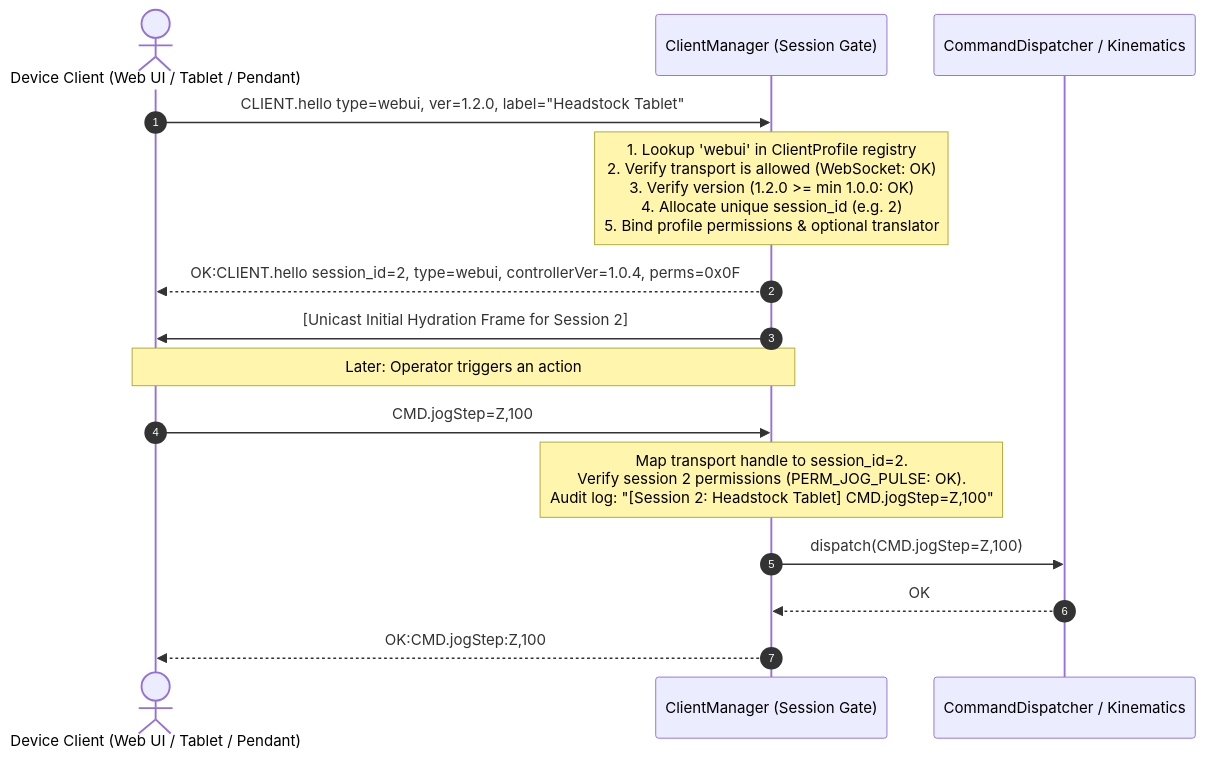
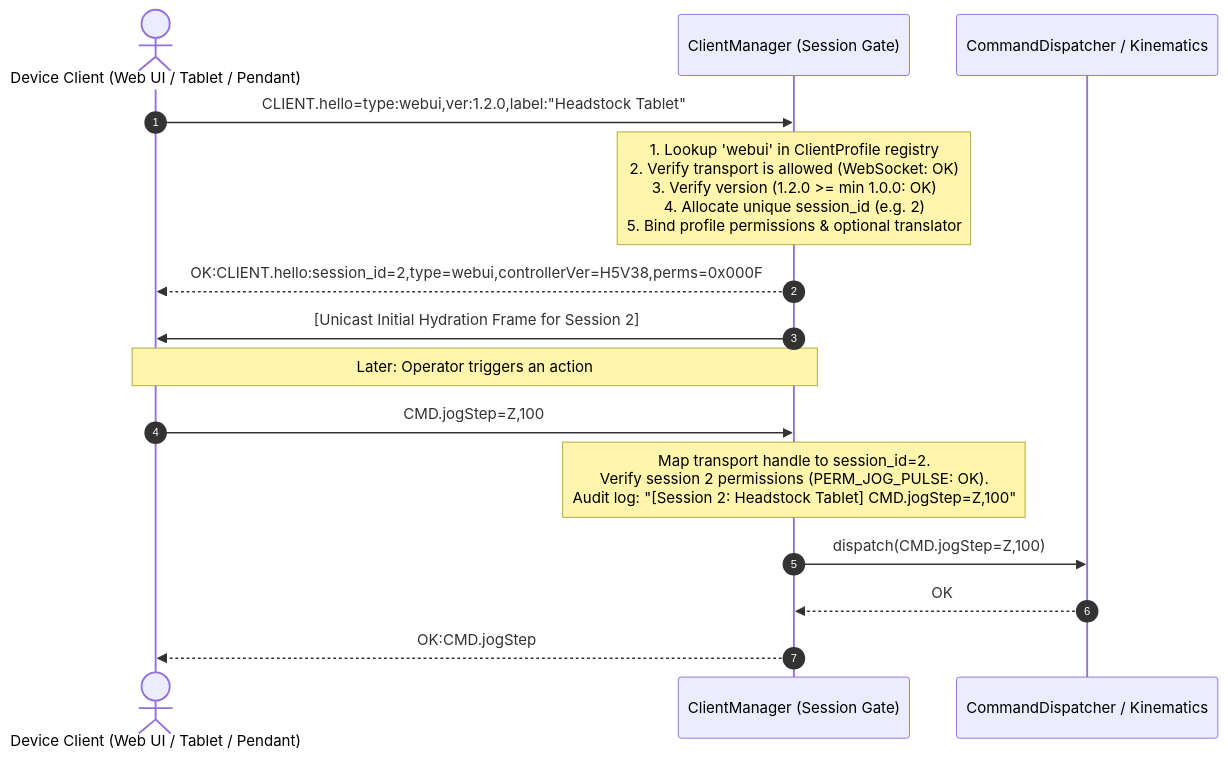
Before and after one commit to emmelcf/whatELS: the second of 2 diagrams in docs/clients/ELS_CLIENT_ARCHITECTURE.md, drawn with Mermaid. The commit also changed other lines of this file and 8 other files, not shown here.

Commit message:
docs(protocol): synchronize canonical command reference and ADRs with implemented architecture

````diff
--- a/docs/clients/ELS_CLIENT_ARCHITECTURE.md
+++ b/docs/clients/ELS_CLIENT_ARCHITECTURE.md
@@ -317,19 +317,19 @@
 ```mermaid
 sequenceDiagram
     autonumber
     actor Client as Device Client (Web UI / Tablet / Pendant)
     participant CM as ClientManager (Session Gate)
     participant Core as CommandDispatcher / Kinematics
 
-    Client->>CM: CLIENT.hello type=webui, ver=1.2.0, label="Headstock Tablet"
+    Client->>CM: CLIENT.hello=type:webui,ver:1.2.0,label:"Headstock Tablet"
     Note over CM: 1. Lookup 'webui' in ClientProfile registry<br/>2. Verify transport is allowed (WebSocket: OK)<br/>3. Verify version (1.2.0 >= min 1.0.0: OK)<br/>4. Allocate unique session_id (e.g. 2)<br/>5. Bind profile permissions & optional translator
-    CM-->>Client: OK:CLIENT.hello session_id=2, type=webui, controllerVer=1.0.4, perms=0x0F
+    CM-->>Client: OK:CLIENT.hello:session_id=2,type=webui,controllerVer=H5V38,perms=0x000F
     CM->>Client: [Unicast Initial Hydration Frame for Session 2]
 
     Note over Client,CM: Later: Operator triggers an action
     Client->>CM: CMD.jogStep=Z,100
     Note over CM: Map transport handle to session_id=2.<br/>Verify session 2 permissions (PERM_JOG_PULSE: OK).<br/>Audit log: "[Session 2: Headstock Tablet] CMD.jogStep=Z,100"
     CM->>Core: dispatch(CMD.jogStep=Z,100)
     Core-->>CM: OK
-    CM-->>Client: OK:CMD.jogStep:Z,100
+    CM-->>Client: OK:CMD.jogStep
 ```
````
